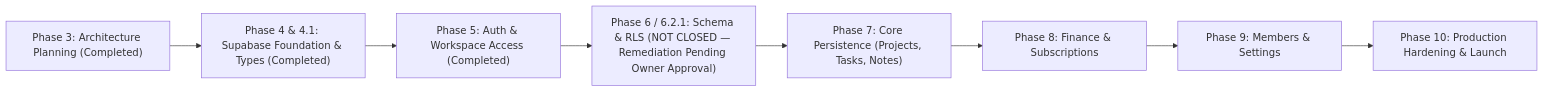
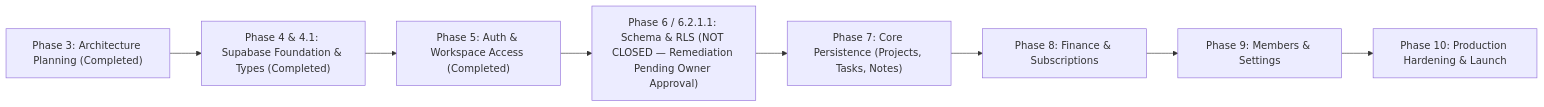
The diagram in apps/hub/docs/architecture/MIGRATION-ROADMAP.md (khairultajudin/khaispace), drawn with Mermaid before and after one commit. The commit also changed other lines of this file and 3 other files, not shown here.

````diff
--- a/apps/hub/docs/architecture/MIGRATION-ROADMAP.md
+++ b/apps/hub/docs/architecture/MIGRATION-ROADMAP.md
@@ -20,10 +20,10 @@
 ```mermaid
 flowchart LR
     P3["Phase 3: Architecture Planning (Completed)"] --> P4["Phase 4 & 4.1: Supabase Foundation & Types (Completed)"]
     P4 --> P5["Phase 5: Auth & Workspace Access (Completed)"]
-    P5 --> P6["Phase 6 / 6.2.1: Schema & RLS (NOT CLOSED — Remediation Pending Owner Approval)"]
+    P5 --> P6["Phase 6 / 6.2.1.1: Schema & RLS (NOT CLOSED — Remediation Pending Owner Approval)"]
     P6 --> P7["Phase 7: Core Persistence (Projects, Tasks, Notes)"]
     P7 --> P8["Phase 8: Finance & Subscriptions"]
     P8 --> P9["Phase 9: Members & Settings"]
     P9 --> P10["Phase 10: Production Hardening & Launch"]
 ```
````
